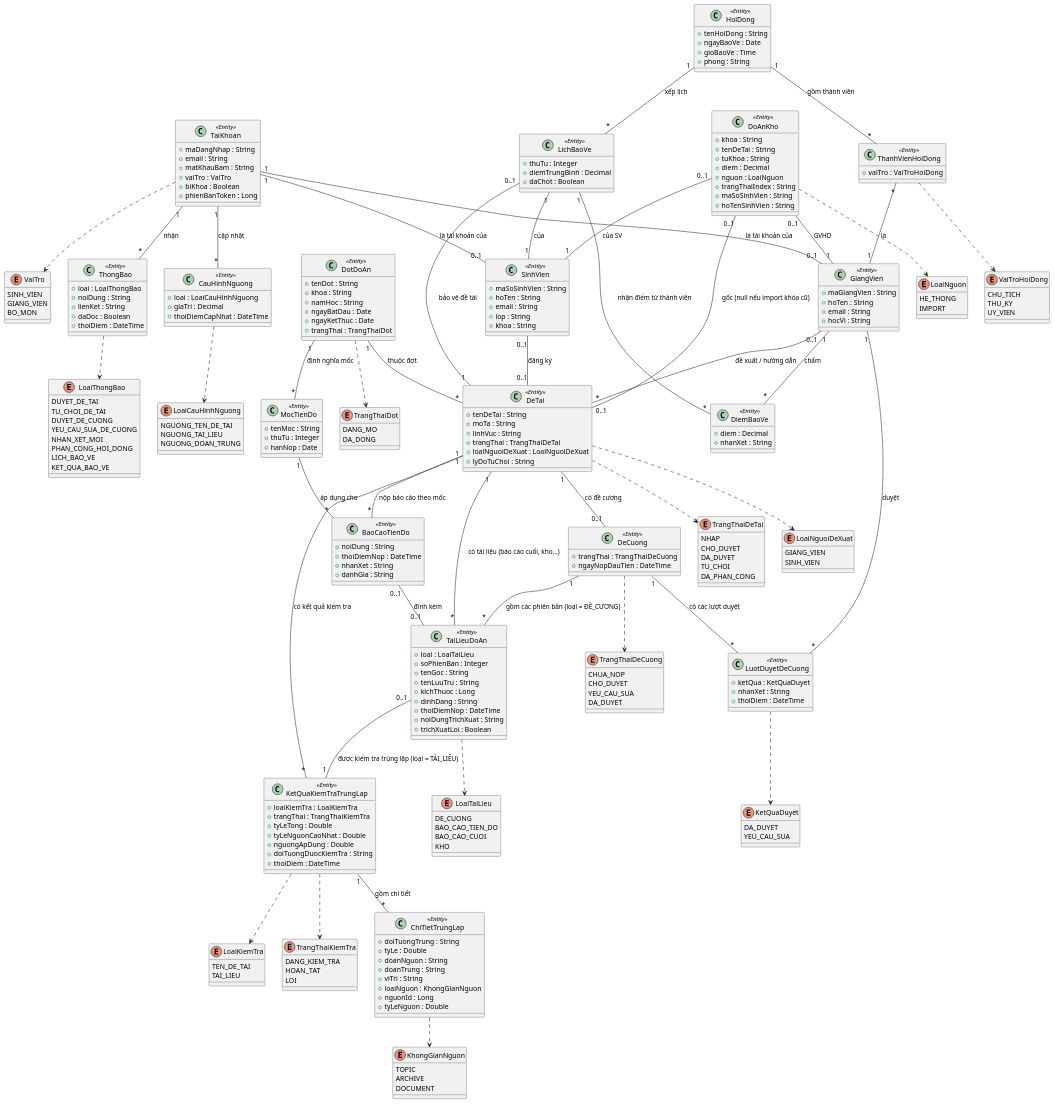
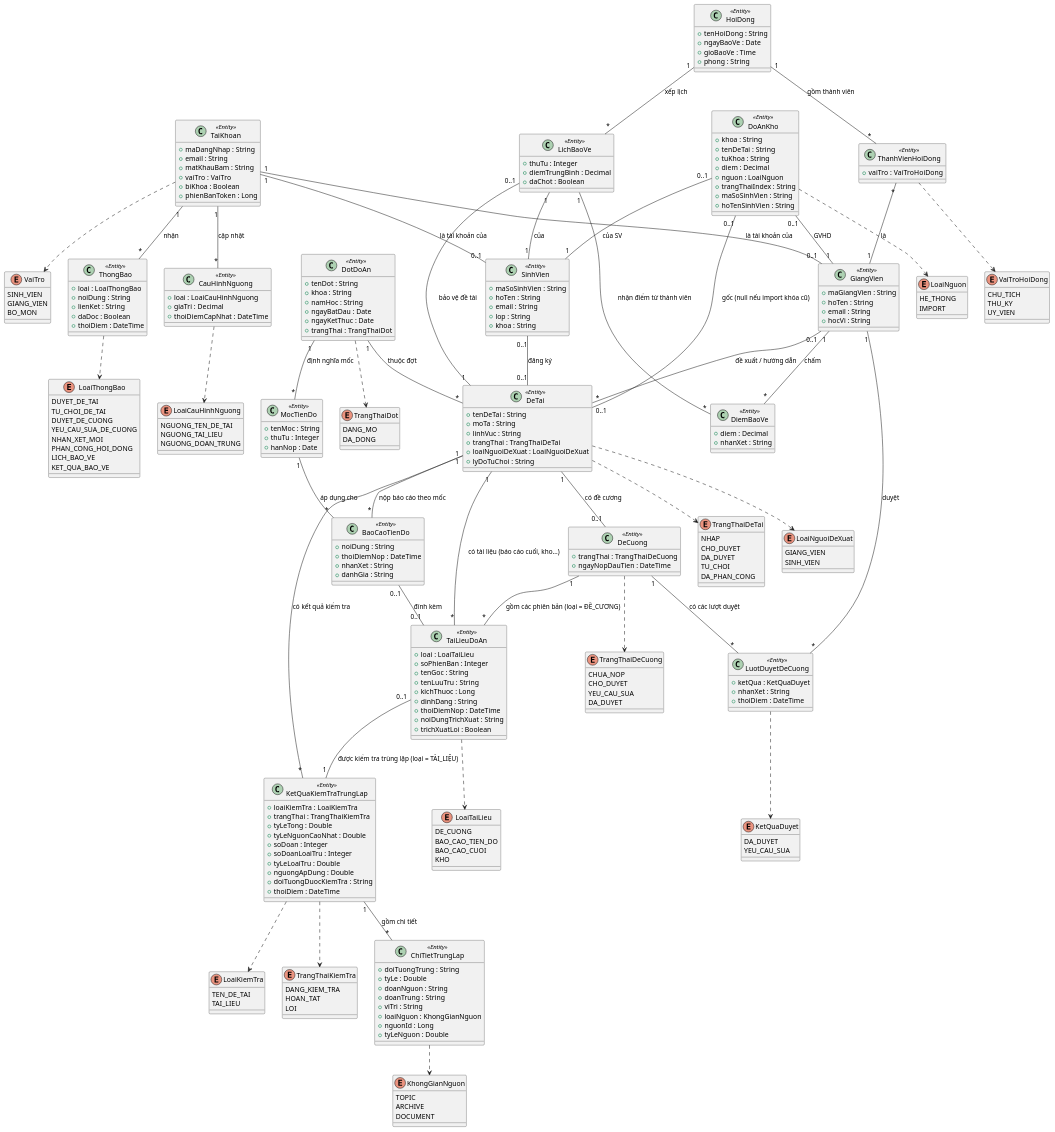
Before and after one commit to dtc235200036-alt/ICTU-DATN-NguyenThiMaiAnh: the diagram in docs/chuong-3-thiet-ke/so-do-lop/lop-thuc-the.puml, drawn with PlantUML. The commit also changed 23 other files, not shown here.

```diff
--- a/docs/chuong-3-thiet-ke/so-do-lop/lop-thuc-the.puml
+++ b/docs/chuong-3-thiet-ke/so-do-lop/lop-thuc-the.puml
@@ -146,6 +146,9 @@
   +trangThai : TrangThaiKiemTra
   +tyLeTong : Double
   +tyLeNguonCaoNhat : Double
+  +soDoan : Integer
+  +soDoanLoaiTru : Integer
+  +tyLeLoaiTru : Double
   +nguongApDung : Double
   +doiTuongDuocKiemTra : String
   +thoiDiem : DateTime
```
